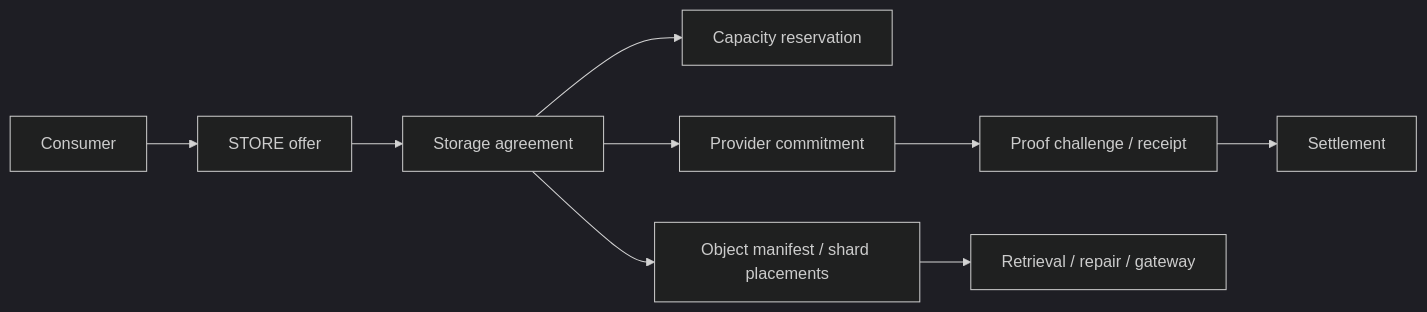
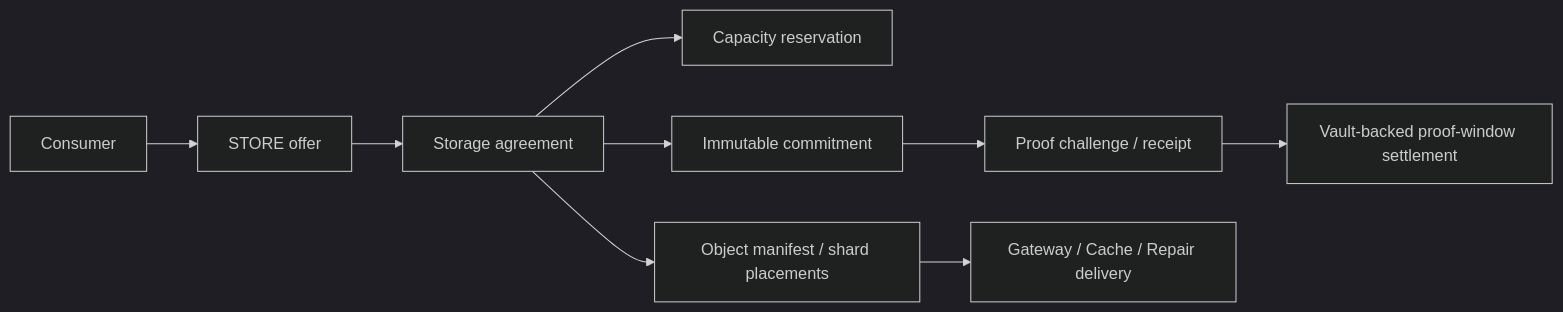
The diagram in docs/architecture/infrastructure/storage-resource-infrastructure.md (abvhiael/420-integrated-v0.1), drawn with Mermaid (dark theme) before and after one commit. The commit also changed other lines of this file, not shown here.

Commit message:
docs(storage): reconcile completed Resource Network architecture

````diff
--- a/docs/architecture/infrastructure/storage-resource-infrastructure.md
+++ b/docs/architecture/infrastructure/storage-resource-infrastructure.md
@@ -52,11 +117,11 @@
 ```mermaid
 flowchart LR
     C[Consumer] --> O[STORE offer]
     O --> A[Storage agreement]
     A --> R[Capacity reservation]
-    A --> M[Provider commitment]
+    A --> M[Immutable commitment]
     M --> P[Proof challenge / receipt]
     A --> F[Object manifest / shard placements]
-    P --> S[Settlement]
-    F --> G[Retrieval / repair / gateway]
+    P --> S[Vault-backed proof-window settlement]
+    F --> G[Gateway / Cache / Repair delivery]
 ```
````
